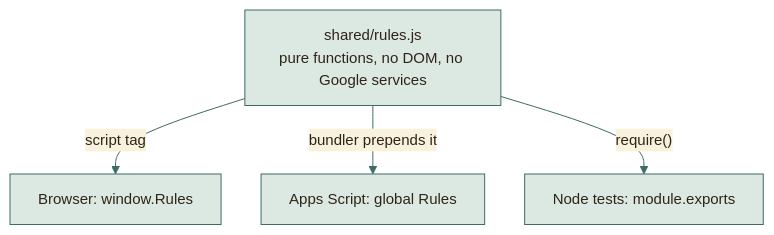
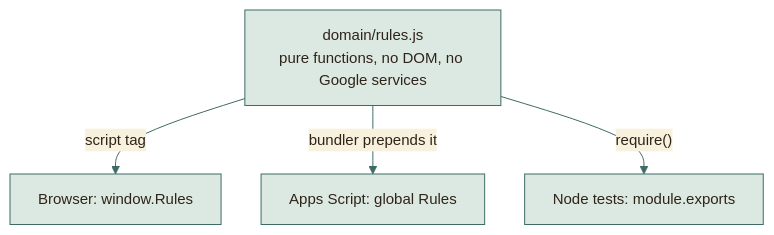
Before and after one commit to moyeh04/forms-platform: the fifth of 9 diagrams in docs/architecture/WORKAROUNDS.md, drawn with Mermaid. The commit also changed other lines of this file and 69 other files, not shown here.

````diff
--- a/docs/architecture/WORKAROUNDS.md
+++ b/docs/architecture/WORKAROUNDS.md
@@ -335,35 +335,35 @@
 ```mermaid
 %%{init: {
   'theme': 'base',
   'themeVariables': {
     'fontFamily': 'ui-sans-serif, system-ui, -apple-system, Segoe UI, Roboto, sans-serif',
     'fontSize': '15px',
     'primaryColor': '#DCE9E2', 'primaryBorderColor': '#3F6B66', 'primaryTextColor': '#2F2418',
     'secondaryColor': '#F0E4C8', 'secondaryBorderColor': '#C9A24A', 'secondaryTextColor': '#2F2418',
     'tertiaryColor': '#F6EFDC', 'tertiaryBorderColor': '#CDBB94', 'tertiaryTextColor': '#2F2418',
     'lineColor': '#3F6B66', 'textColor': '#2F2418', 'mainBkg': '#DCE9E2', 'nodeBorder': '#3F6B66',
     'clusterBkg': '#F6EFDC', 'clusterBorder': '#CDBB94', 'titleColor': '#2F2418',
     'edgeLabelBackground': '#F8F1DD',
     'actorBkg': '#DCE9E2', 'actorBorder': '#3F6B66', 'actorTextColor': '#2F2418', 'actorLineColor': '#8FB3AB',
     'signalColor': '#477A73', 'signalTextColor': '#477A73',
     'labelBoxBkgColor': '#F0E4C8', 'labelBoxBorderColor': '#C9A24A', 'labelTextColor': '#2F2418', 'loopTextColor': '#6A5A44',
     'noteBkgColor': '#FBEFC9', 'noteBorderColor': '#C9A24A', 'noteTextColor': '#2F2418',
     'activationBkgColor': '#DCE9E2', 'activationBorderColor': '#3F6B66', 'sequenceNumberColor': '#F8F1DD',
     'transitionColor': '#3F6B66', 'stateLabelColor': '#2F2418', 'stateBkg': '#DCE9E2', 'altBackground': '#F6EFDC',
     'attributeBackgroundColorOdd': '#F8F1DD', 'attributeBackgroundColorEven': '#F0E4C8'
   },
   'flowchart': {'curve': 'basis', 'padding': 14, 'nodeSpacing': 40, 'rankSpacing': 46},
   'sequence': {'mirrorActors': false, 'messageMargin': 34, 'boxMargin': 8}
 }}%%
 flowchart TD
-    f["shared/rules.js<br/>pure functions, no DOM, no Google services"]
+    f["domain/rules.js<br/>pure functions, no DOM, no Google services"]
     f -->|"script tag"| b["Browser: window.Rules"]
     f -->|"bundler prepends it"| g["Apps Script: global Rules"]
     f -->|"require()"| t["Node tests: module.exports"]
     classDef cDb fill:#F3E2B3,stroke:#B8892D,stroke-width:1.5px,color:#2F2418
     classDef cActor fill:#F4D9D3,stroke:#9A3328,stroke-width:1.5px,color:#2F2418
     classDef cDec fill:#FBEFC9,stroke:#C9A24A,stroke-width:1.5px,color:#2F2418
     classDef cEnd fill:#2F2418,stroke:#2F2418,color:#F8F1DD
     classDef cErr fill:#F6D5CF,stroke:#A12B1F,stroke-width:1.5px,color:#5A140C
     classDef cOk fill:#BFD9CF,stroke:#2E5A55,stroke-width:1.5px,color:#17302D
 ```
````
